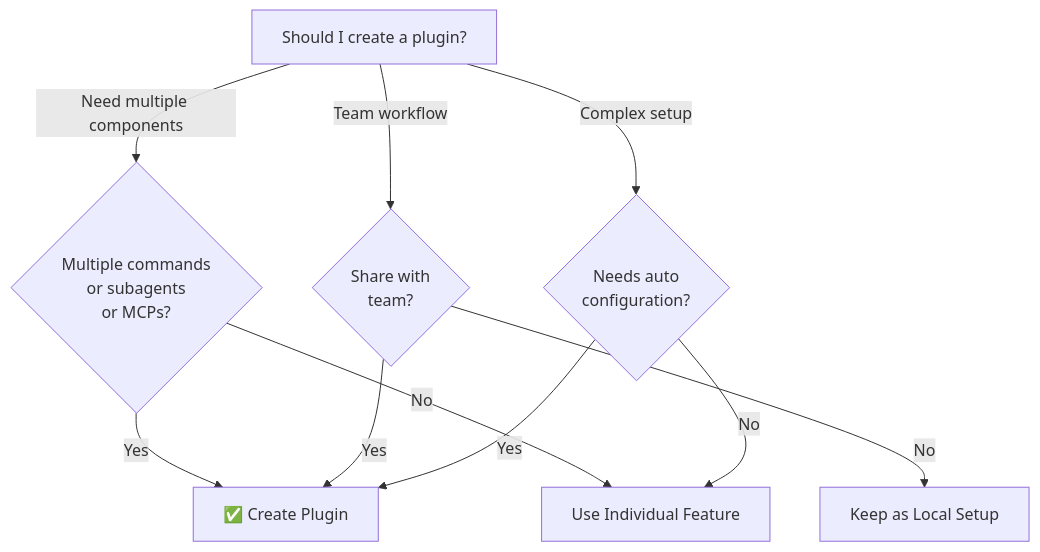
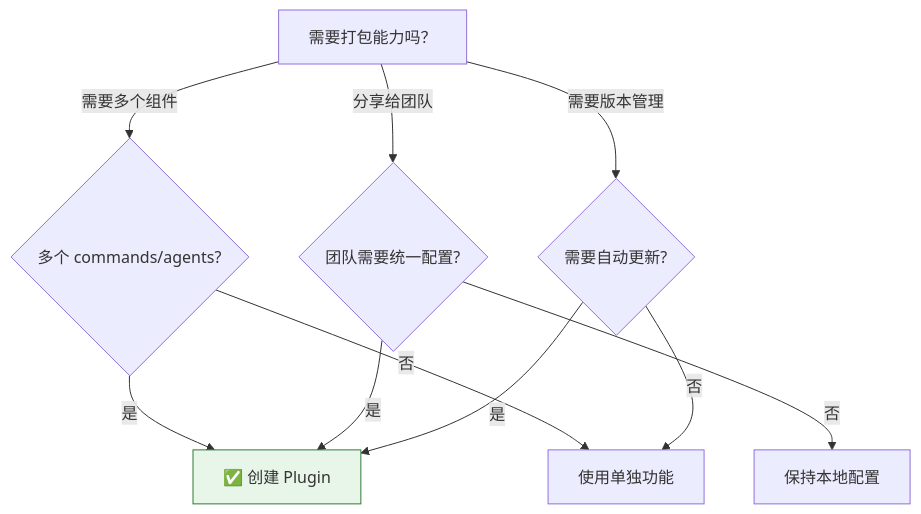
One commit to hellojoju/claude-code-lesson changed the fourth of 4 diagrams in 10-plugins/README.md. Above: the diagram before and after it, drawn with Mermaid. The commit also changed other lines of this file and 11 other files, not shown here.

````diff
--- a/10-plugins/README.md
+++ b/10-plugins/README.md
@@ -956,13 +758,17 @@
 ```mermaid
 graph TD
-    A["Should I create a plugin?"]
-    A -->|Need multiple components| B{"Multiple commands<br/>or subagents<br/>or MCPs?"}
-    B -->|Yes| C["✅ Create Plugin"]
-    B -->|No| D["Use Individual Feature"]
-    A -->|Team workflow| E{"Share with<br/>team?"}
-    E -->|Yes| C
-    E -->|No| F["Keep as Local Setup"]
-    A -->|Complex setup| G{"Needs auto<br/>configuration?"}
-    G -->|Yes| C
-    G -->|No| D
+    A["需要打包能力吗？"]
+    A -->|需要多个组件| B{"多个 commands/agents?"}
+    B -->|是| C["✅ 创建 Plugin"]
+    B -->|否| D["使用单独功能"]
+
+    A -->|分享给团队| E{"团队需要统一配置?"}
+    E -->|是| C
+    E -->|否| F["保持本地配置"]
+
+    A -->|需要版本管理| G{"需要自动更新?"}
+    G -->|是| C
+    G -->|否| D
+
+    style C fill:#e8f5e9,stroke:#2e7d32
 ```
````
